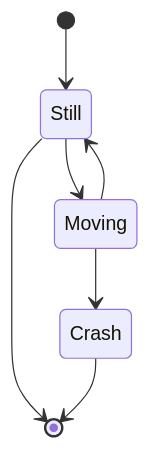
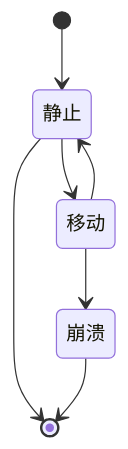
The fourth of 11 diagrams in src/content/posts/mermaid-diagrams.md (lx521603/ob), drawn with Mermaid before and after one commit. The commit also changed other lines of this file, not shown here.

Commit message:
更新 mermaid-diagrams.md

````diff
--- a/src/content/posts/mermaid-diagrams.md
+++ b/src/content/posts/mermaid-diagrams.md
@@ -72,9 +76,9 @@
 ```mermaid
 stateDiagram-v2
-    [*] --> Still
-    Still --> [*]
-    Still --> Moving
-    Moving --> Still
-    Moving --> Crash
-    Crash --> [*]
+    [*] --> 静止
+    静止 --> [*]
+    静止 --> 移动
+    移动 --> 静止
+    移动 --> 崩溃
+    崩溃 --> [*]
 ```
````
